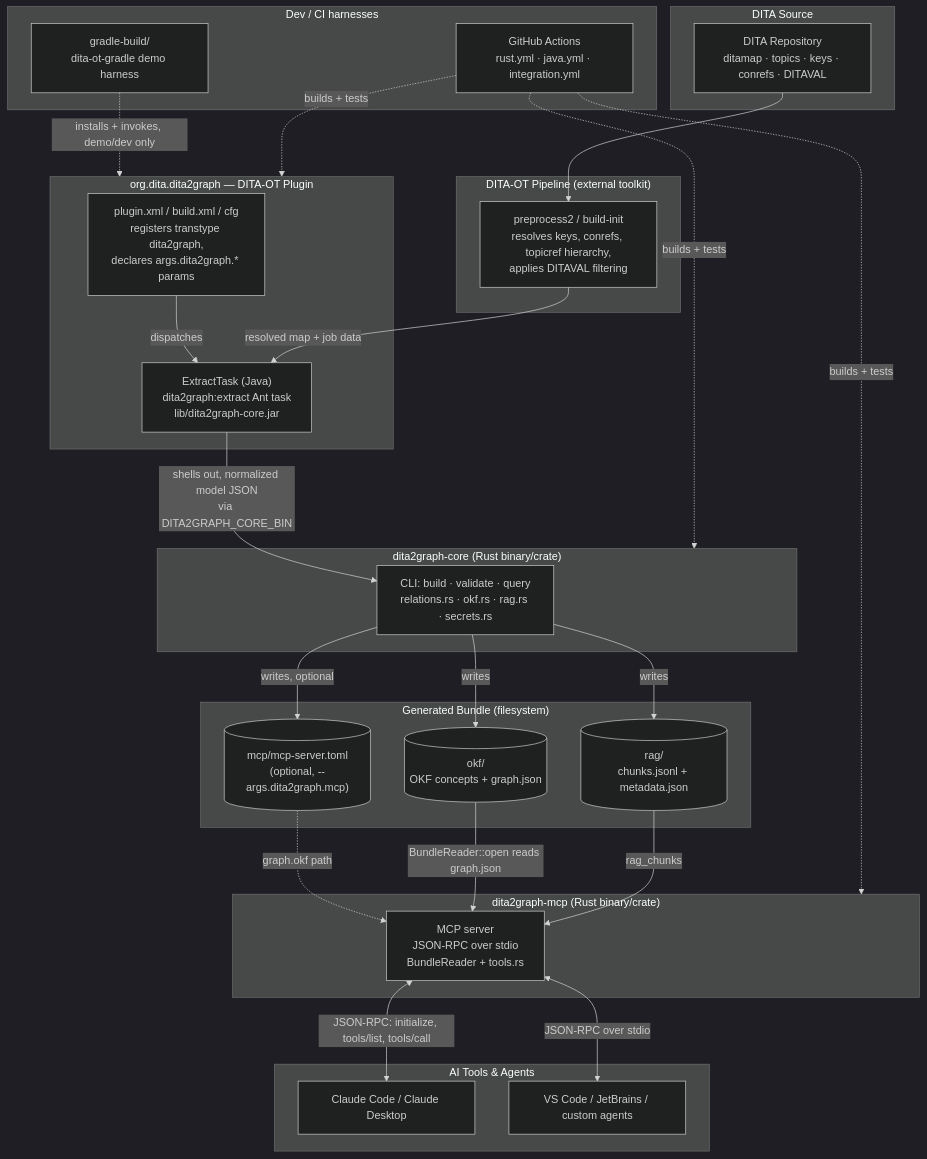
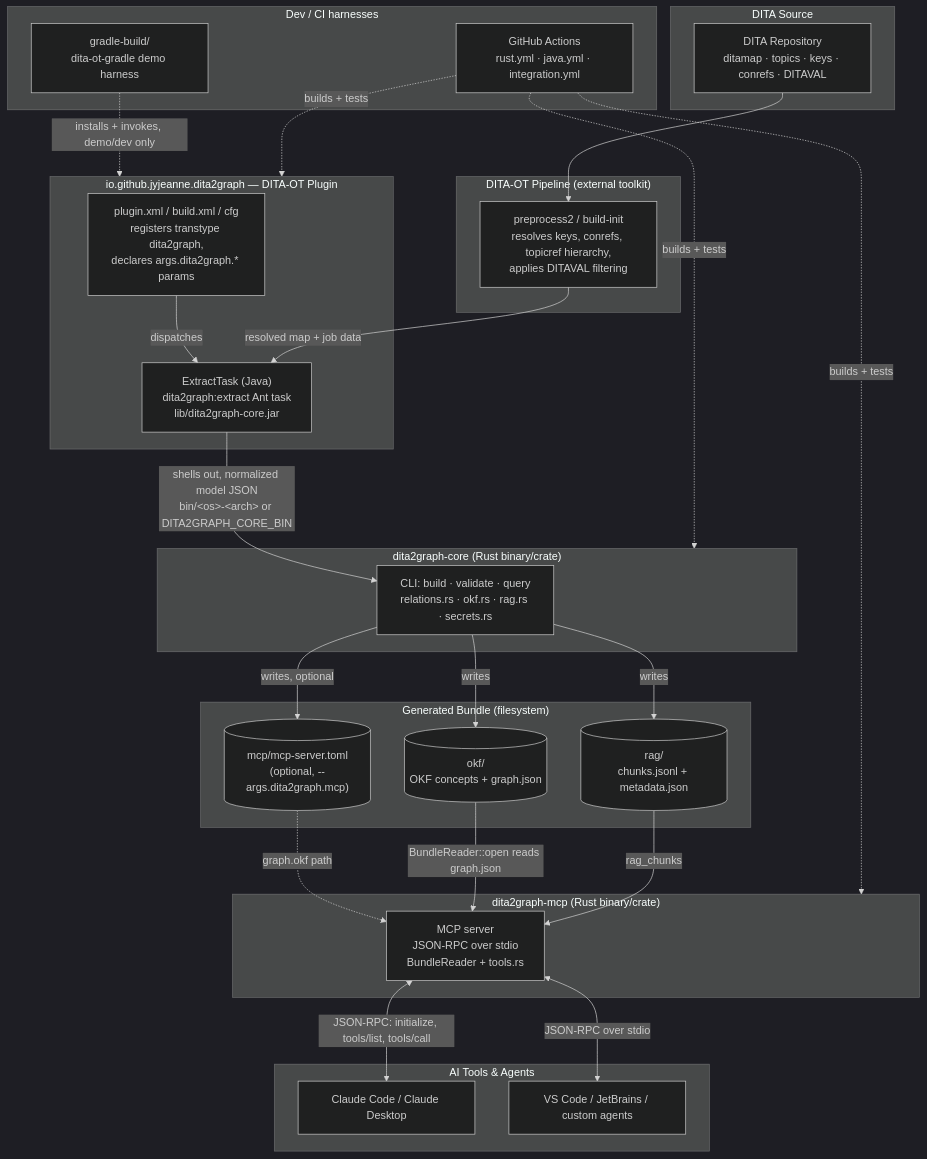
Before and after one commit to jyjeanne/DITA2Graph: the first of 7 diagrams in docs/architecture.md, drawn with Mermaid (dark theme). The commit also changed other lines of this file and 69 other files, not shown here.

First line of the commit message:
feat: package the plugin for the dita-ot plugin registry

````diff
--- a/docs/architecture.md
+++ b/docs/architecture.md
@@ -42,57 +42,57 @@
 ```mermaid
 flowchart TB
     subgraph SRC["DITA Source"]
         Repo["DITA Repository<br/>ditamap · topics · keys · conrefs · DITAVAL"]
     end
 
     subgraph OT["DITA-OT Pipeline (external toolkit)"]
         Preprocess["preprocess2 / build-init<br/>resolves keys, conrefs, topicref hierarchy,<br/>applies DITAVAL filtering"]
     end
 
-    subgraph Plugin["org.dita.dita2graph — DITA-OT Plugin"]
+    subgraph Plugin["io.github.jyjeanne.dita2graph — DITA-OT Plugin"]
         AntXml["plugin.xml / build.xml / cfg<br/>registers transtype dita2graph,<br/>declares args.dita2graph.* params"]
         ExtractTask["ExtractTask (Java)<br/>dita2graph:extract Ant task<br/>lib/dita2graph-core.jar"]
         AntXml -->|dispatches| ExtractTask
     end
 
     subgraph Core["dita2graph-core (Rust binary/crate)"]
         CoreCli["CLI: build · validate · query<br/>relations.rs · okf.rs · rag.rs · secrets.rs"]
     end
 
     subgraph Store["Generated Bundle (filesystem)"]
         OkfDir[("okf/<br/>OKF concepts + graph.json")]
         RagDir[("rag/<br/>chunks.jsonl + metadata.json")]
         McpToml[("mcp/mcp-server.toml<br/>(optional, --args.dita2graph.mcp)")]
     end
 
     subgraph Mcp["dita2graph-mcp (Rust binary/crate)"]
         McpServer["MCP server<br/>JSON-RPC over stdio<br/>BundleReader + tools.rs"]
     end
 
     subgraph Agents["AI Tools & Agents"]
         Claude["Claude Code / Claude Desktop"]
         IDE["VS Code / JetBrains / custom agents"]
     end
 
     subgraph Dev["Dev / CI harnesses"]
         Gradle["gradle-build/<br/>dita-ot-gradle demo harness"]
         CI["GitHub Actions<br/>rust.yml · java.yml · integration.yml"]
     end
 
     Repo --> Preprocess
     Preprocess -->|resolved map + job data| ExtractTask
-    ExtractTask -->|shells out, normalized model JSON<br/>via DITA2GRAPH_CORE_BIN| CoreCli
+    ExtractTask -->|shells out, normalized model JSON<br/>bin/&lt;os&gt;-&lt;arch&gt; or DITA2GRAPH_CORE_BIN| CoreCli
     CoreCli -->|writes| OkfDir
     CoreCli -->|writes| RagDir
     CoreCli -->|writes, optional| McpToml
     McpToml -.->|graph.okf path| McpServer
     OkfDir -->|BundleReader::open reads graph.json| McpServer
     RagDir -->|rag_chunks| McpServer
     McpServer <-->|JSON-RPC: initialize, tools/list, tools/call| Claude
     McpServer <-->|JSON-RPC over stdio| IDE
 
     Gradle -.->|installs + invokes, demo/dev only| Plugin
     CI -.->|builds + tests| Plugin
     CI -.->|builds + tests| Core
     CI -.->|builds + tests| Mcp
 ```
````
